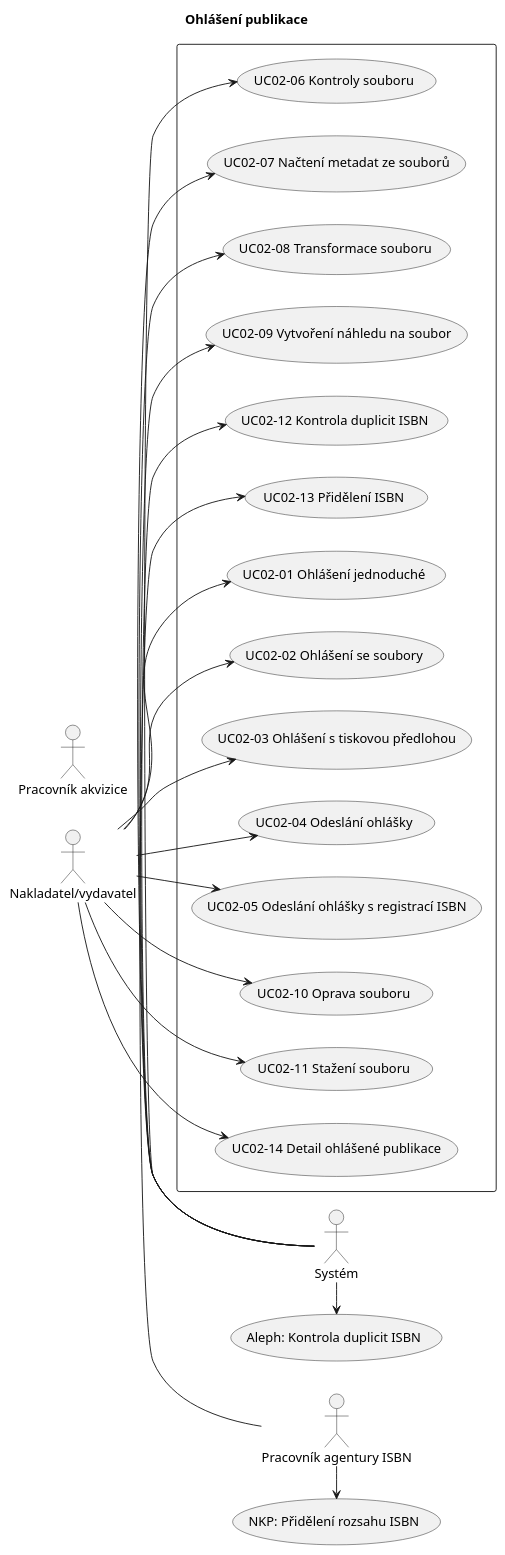
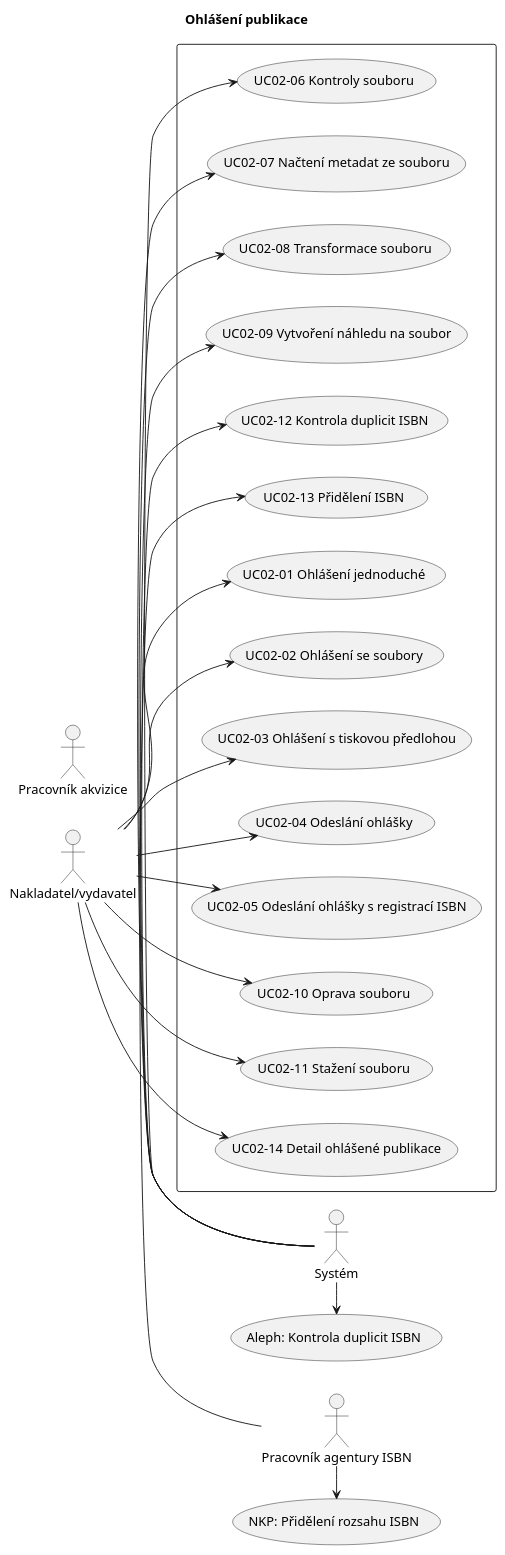
The diagram in docs/uc02.plantuml (edeposit/edeposit.policy), drawn with PlantUML before and after one commit. The commit also changed 18 other files, not shown here.

```diff
--- a/docs/uc02.plantuml
+++ b/docs/uc02.plantuml
@@ -1,31 +1,31 @@
 @startuml
 left to right direction
 title Ohlášení publikace
 skinparam packageStyle rect
 
 actor :Nakladatel/vydavatel: as nakl
 actor :Pracovník agentury ISBN: as isbn
 actor :Pracovník akvizice: as akv
 actor :Systém: as sys
 
 :isbn: -> (NKP: Přidělení rozsahu ISBN)
 :sys: -> (Aleph: Kontrola duplicit ISBN)
 
 rectangle  {
 	   :nakl: --> (UC02-01 Ohlášení jednoduché)
 	   :nakl: --> (UC02-02 Ohlášení se soubory)
 	   :nakl: --> (UC02-03 Ohlášení s tiskovou předlohou)
 	   :nakl: --> (UC02-04 Odeslání ohlášky)
 	   :nakl: --> (UC02-05 Odeslání ohlášky s registrací ISBN)
 	   :sys: -left-> (UC02-06 Kontroly souboru)
-	   :sys: -left-> (UC02-07 Načtení metadat ze souborů)
+	   :sys: -left-> (UC02-07 Načtení metadat ze souboru)
 	   :sys: -left-> (UC02-08 Transformace souboru)
 	   :sys: -left-> (UC02-09 Vytvoření náhledu na soubor)
 	   :nakl: --> (UC02-10 Oprava souboru)
 	   :nakl: --> (UC02-11 Stažení souboru)
 	   :sys: -left-> (UC02-12 Kontrola duplicit ISBN)
 	   :isbn: -left-> (UC02-13 Přidělení ISBN)
 	   :nakl: --> (UC02-14 Detail ohlášené publikace)
 }
 
 @enduml
```
